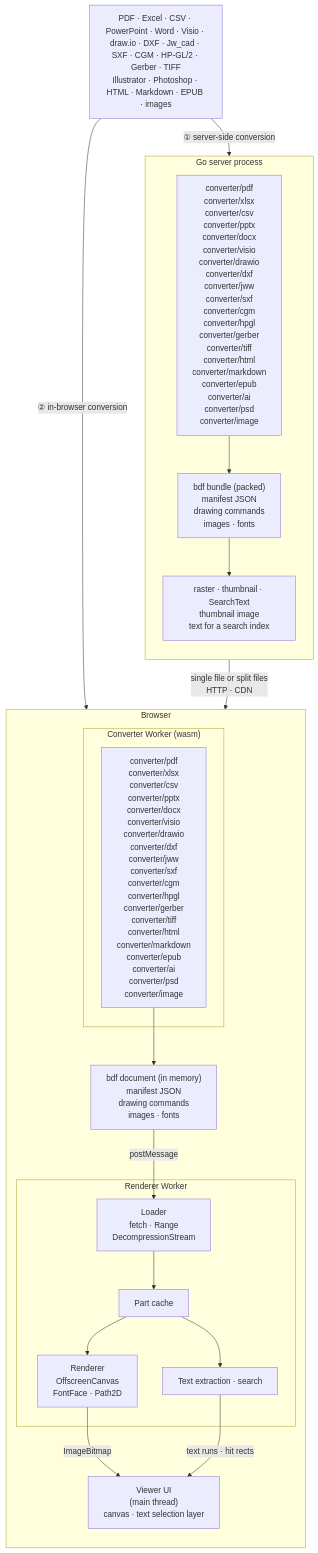
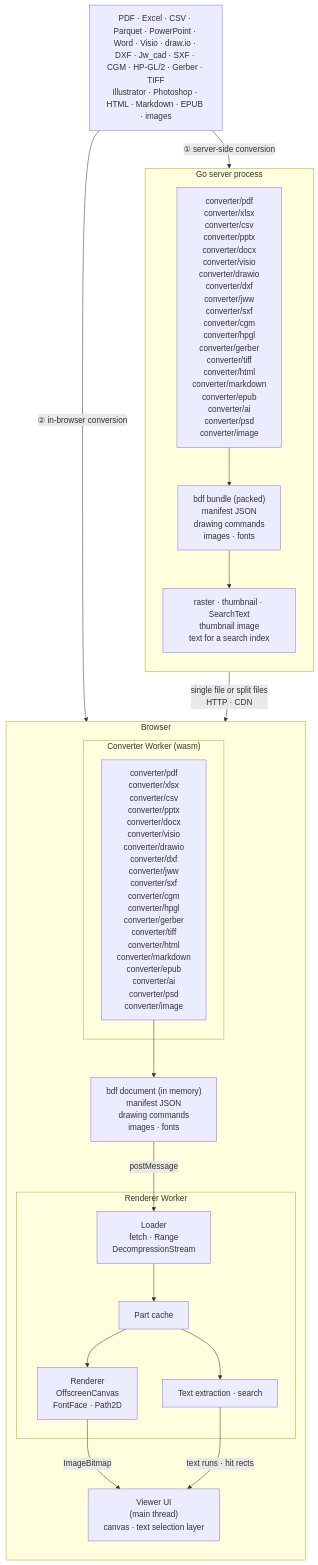
The diagram in README.md (shibukawa/bdf), drawn with Mermaid before and after one commit. The commit also changed other lines of this file and 61 other files, not shown here.

````diff
--- a/README.md
+++ b/README.md
@@ -20,39 +20,39 @@
 ```mermaid
 flowchart TB
-    SRC["PDF · Excel · CSV · PowerPoint · Word · Visio · draw.io · DXF · Jw_cad · SXF · CGM · HP-GL/2 · Gerber · TIFF<br/>Illustrator · Photoshop · HTML · Markdown · EPUB · images"]
+    SRC["PDF · Excel · CSV · Parquet · PowerPoint · Word · Visio · draw.io · DXF · Jw_cad · SXF · CGM · HP-GL/2 · Gerber · TIFF<br/>Illustrator · Photoshop · HTML · Markdown · EPUB · images"]
 
     subgraph SERVER["Go server process"]
         direction TB
         SCONV["converter/pdf<br/>converter/xlsx<br/>converter/csv<br/>converter/pptx<br/>converter/docx<br/>converter/visio<br/>converter/drawio<br/>converter/dxf<br/>converter/jww<br/>converter/sxf<br/>converter/cgm<br/>converter/hpgl<br/>converter/gerber<br/>converter/tiff<br/>converter/html<br/>converter/markdown<br/>converter/epub<br/>converter/ai<br/>converter/psd<br/>converter/image"]
         BUNDLE["bdf bundle (packed)<br/>manifest JSON<br/>drawing commands<br/>images · fonts"]
         PREVIEW["raster · thumbnail · SearchText<br/>thumbnail image<br/>text for a search index"]
         SCONV --> BUNDLE
         BUNDLE --> PREVIEW
     end
 
     subgraph BROWSER["Browser"]
         direction TB
         subgraph CWORKER["Converter Worker (wasm)"]
             WCONV["converter/pdf<br/>converter/xlsx<br/>converter/csv<br/>converter/pptx<br/>converter/docx<br/>converter/visio<br/>converter/drawio<br/>converter/dxf<br/>converter/jww<br/>converter/sxf<br/>converter/cgm<br/>converter/hpgl<br/>converter/gerber<br/>converter/tiff<br/>converter/html<br/>converter/markdown<br/>converter/epub<br/>converter/ai<br/>converter/psd<br/>converter/image"]
         end
         PARTS["bdf document (in memory)<br/>manifest JSON<br/>drawing commands<br/>images · fonts"]
         subgraph RWORKER["Renderer Worker"]
             LOADER["Loader<br/>fetch · Range<br/>DecompressionStream"]
             STORE["Part cache"]
             RENDER["Renderer<br/>OffscreenCanvas<br/>FontFace · Path2D"]
             TEXT["Text extraction · search"]
             LOADER --> STORE
             STORE --> RENDER
             STORE --> TEXT
         end
         UI["Viewer UI<br/>(main thread)<br/>canvas · text selection layer"]
         WCONV --> PARTS
     end
 
     SRC -- "① server-side conversion" --> SCONV
     SRC -- "② in-browser conversion" --> WCONV
     BUNDLE -- "single file or split files<br/>HTTP · CDN" --> LOADER
     PARTS -- "postMessage" --> LOADER
     RENDER -- "ImageBitmap" --> UI
     TEXT -- "text runs · hit rects" --> UI
 ```
````
